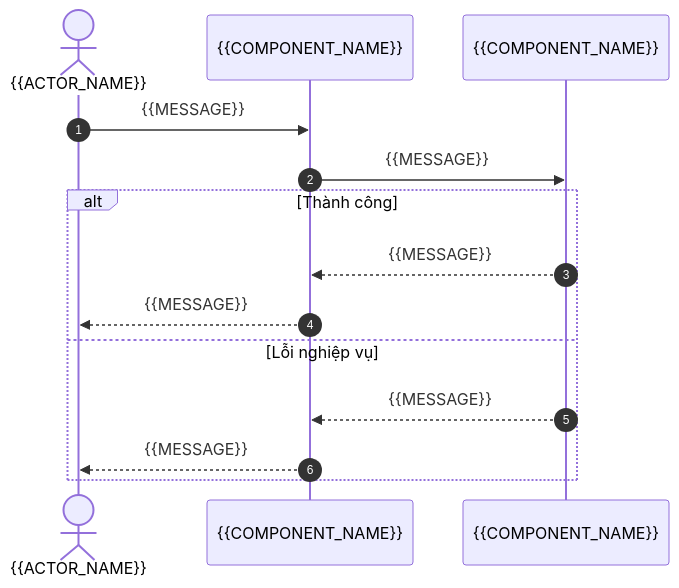
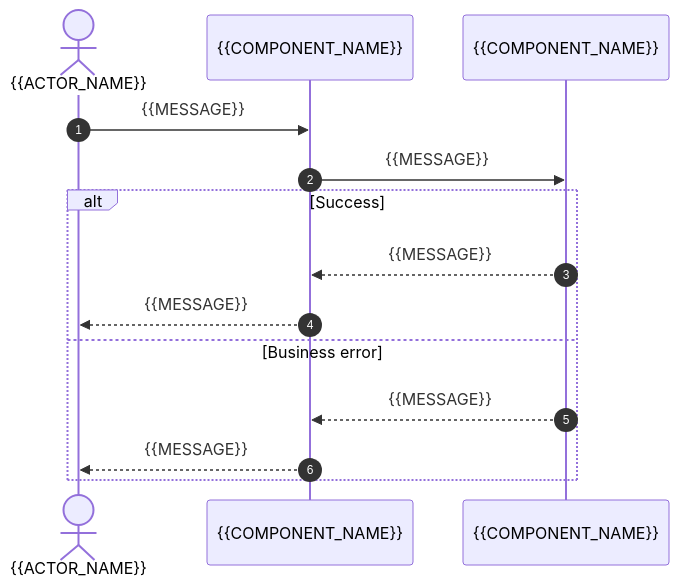
The first of 2 diagrams in skills/specflow/assets/kit/core/04_Spec_Core_Template.md (vuquoctrungbk/specflow), drawn with Mermaid before and after one commit. The commit also changed other lines of this file and 100 other files, not shown here.

````diff
--- a/skills/specflow/assets/kit/core/04_Spec_Core_Template.md
+++ b/skills/specflow/assets/kit/core/04_Spec_Core_Template.md
@@ -101,16 +101,16 @@
 ```mermaid
 sequenceDiagram
     autonumber
     actor U as {{ACTOR_NAME}}
     participant C as {{COMPONENT_NAME}}
     participant D as {{COMPONENT_NAME}}
     U->>C: {{MESSAGE}}
     C->>D: {{MESSAGE}}
-    alt Thành công
+    alt Success
         D-->>C: {{MESSAGE}}
         C-->>U: {{MESSAGE}}
-    else Lỗi nghiệp vụ
+    else Business error
         D-->>C: {{MESSAGE}}
         C-->>U: {{MESSAGE}}
     end
 ```
````
